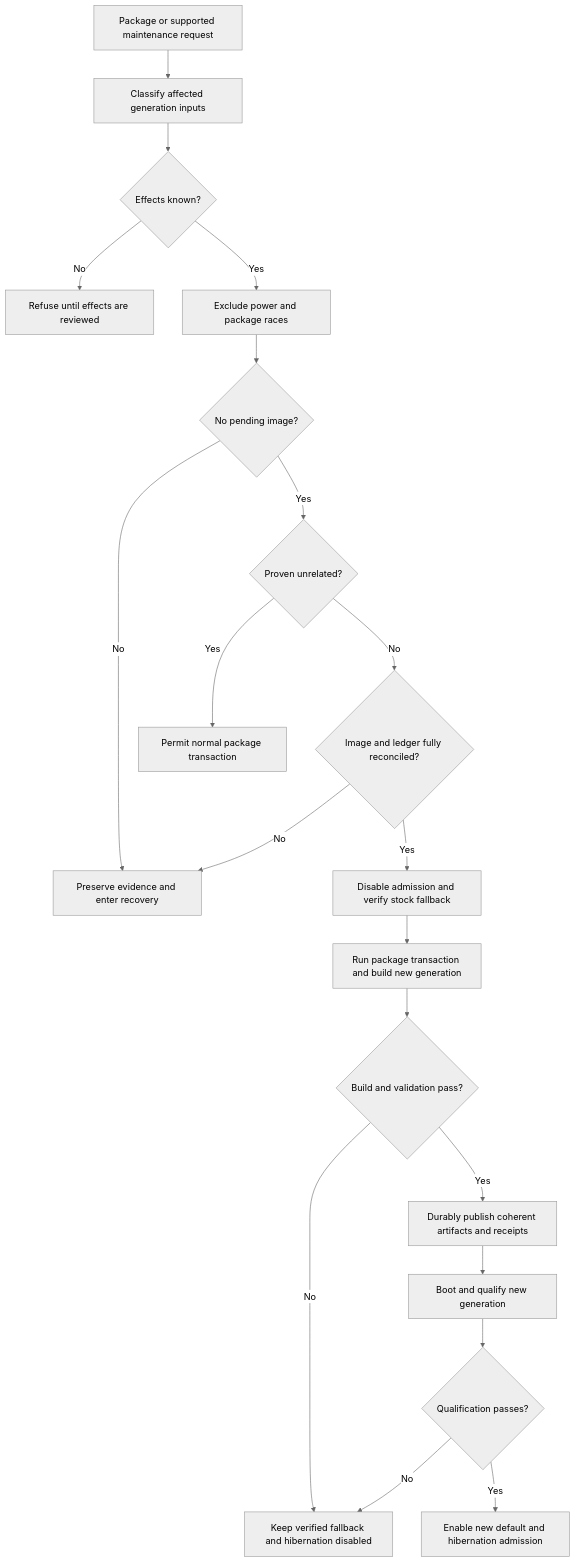
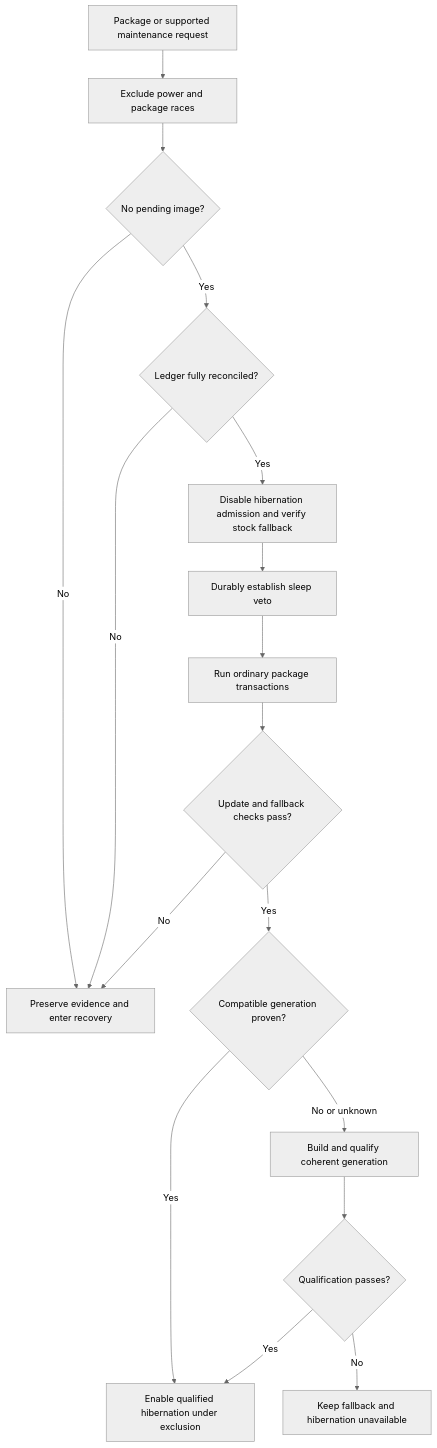
Before and after one commit to iJustinCabral/omarchy: the second of 2 diagrams in docs/t2-suspend/HIBERNATION-PRODUCTION-PLAN.md, drawn with Mermaid (neutral theme). The commit also changed other lines of this file and 4 other files, not shown here.

Commit message:
Verify inactive maintenance with real pacman in disposable VM

````diff
--- a/docs/t2-suspend/HIBERNATION-PRODUCTION-PLAN.md
+++ b/docs/t2-suspend/HIBERNATION-PRODUCTION-PLAN.md
@@ -173,22 +191,20 @@
 ```mermaid
 flowchart TD
-  A[Package or supported maintenance request] --> B[Classify affected generation inputs]
-  B --> C{Effects known?}
-  C -->|No| X[Refuse until effects are reviewed]
-  C -->|Yes| D[Exclude power and package races]
+  A[Package or supported maintenance request] --> D[Exclude power and package races]
   D --> P{No pending image?}
   P -->|No| R[Preserve evidence and enter recovery]
-  P -->|Yes| Q{Proven unrelated?}
-  Q -->|Yes| U[Permit normal package transaction]
-  Q -->|No| E{Image and ledger fully reconciled?}
+  P -->|Yes| E{Ledger fully reconciled?}
   E -->|No| R[Preserve evidence and enter recovery]
-  E -->|Yes| F[Disable admission and verify stock fallback]
-  F --> G[Run package transaction and build new generation]
-  G --> H{Build and validation pass?}
-  H -->|No| S[Keep verified fallback and hibernation disabled]
-  H -->|Yes| I[Durably publish coherent artifacts and receipts]
-  I --> J[Boot and qualify new generation]
-  J --> K{Qualification passes?}
+  E -->|Yes| F[Disable hibernation admission and verify stock fallback]
+  F --> V[Durably establish sleep veto]
+  V --> U[Run ordinary package transactions]
+  U --> C{Update and fallback checks pass?}
+  C -->|No| R
+  C -->|Yes| Q{Compatible generation proven?}
+  Q -->|Yes| L[Enable qualified hibernation under exclusion]
+  Q -->|No or unknown| G[Build and qualify coherent generation]
+  G --> K{Qualification passes?}
   K -->|No| S
-  K -->|Yes| L[Enable new default and hibernation admission]
+  K -->|Yes| L
+  S[Keep fallback and hibernation unavailable]
 ```
````
